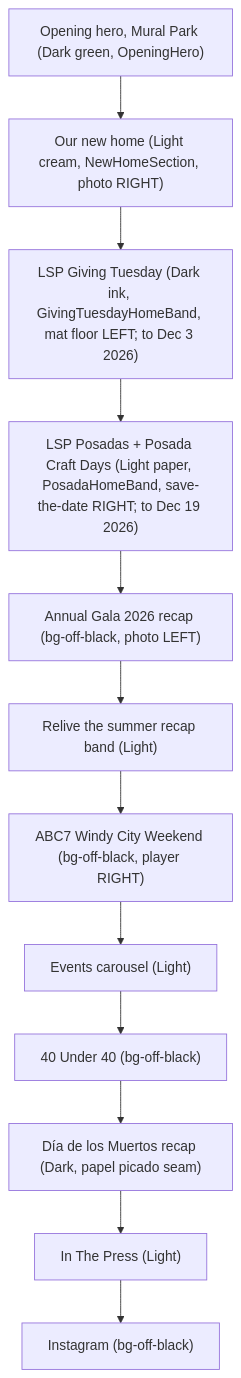
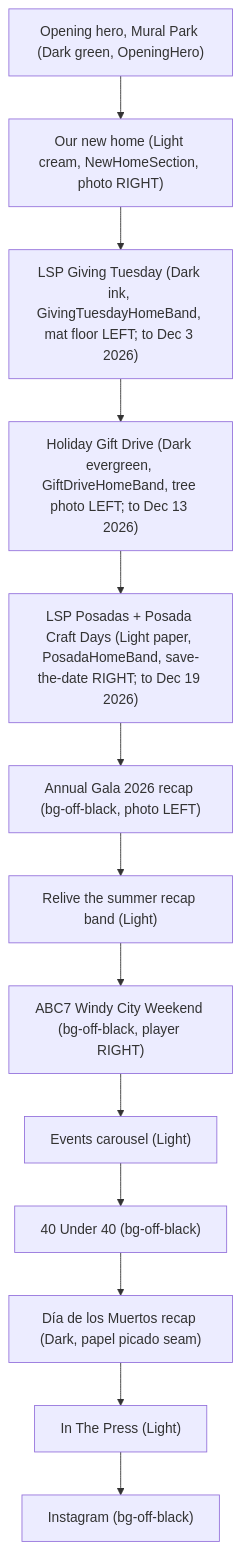
The first of 3 diagrams in design.md (awaisqazi/latinasweatproject), drawn with Mermaid before and after one commit. The commit also changed other lines of this file and 26 other files, not shown here.

First line of the commit message:
Holiday Gift Drive: /giftdrive page, homepage band, /links card and bubble, share card

````diff
--- a/design.md
+++ b/design.md
@@ -34,14 +34,15 @@
 ```mermaid
 graph TD
     Hero["Opening hero, Mural Park (Dark green, OpeningHero)"] --> Sec1["Our new home (Light cream, NewHomeSection, photo RIGHT)"]
     Sec1 --> Sec2["LSP Giving Tuesday (Dark ink, GivingTuesdayHomeBand, mat floor LEFT; to Dec 3 2026)"]
-    Sec2 --> Sec3["LSP Posadas + Posada Craft Days (Light paper, PosadaHomeBand, save-the-date RIGHT; to Dec 19 2026)"]
+    Sec2 --> Sec2b["Holiday Gift Drive (Dark evergreen, GiftDriveHomeBand, tree photo LEFT; to Dec 13 2026)"]
+    Sec2b --> Sec3["LSP Posadas + Posada Craft Days (Light paper, PosadaHomeBand, save-the-date RIGHT; to Dec 19 2026)"]
     Sec3 --> Sec4["Annual Gala 2026 recap (bg-off-black, photo LEFT)"]
     Sec4 --> Sec5["Relive the summer recap band (Light)"]
     Sec5 --> Sec6["ABC7 Windy City Weekend (bg-off-black, player RIGHT)"]
     Sec6 --> Sec7["Events carousel (Light)"]
     Sec7 --> Sec8["40 Under 40 (bg-off-black)"]
     Sec8 --> Sec9["Día de los Muertos recap (Dark, papel picado seam)"]
     Sec9 --> Sec10["In The Press (Light)"]
     Sec10 --> Sec11["Instagram (bg-off-black)"]
 ```
````
